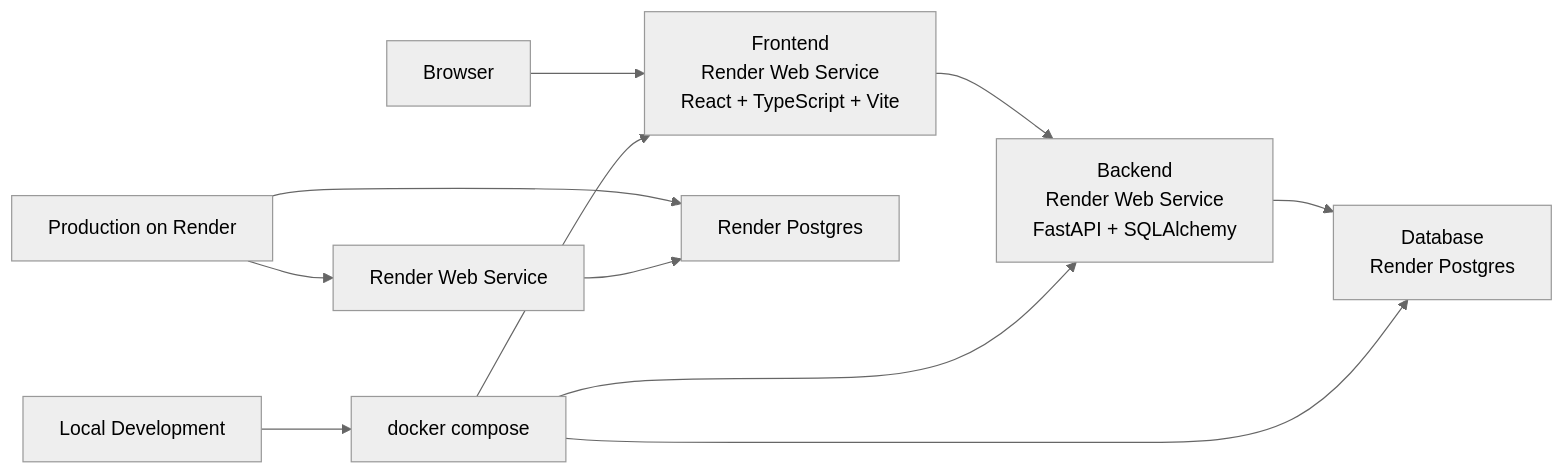
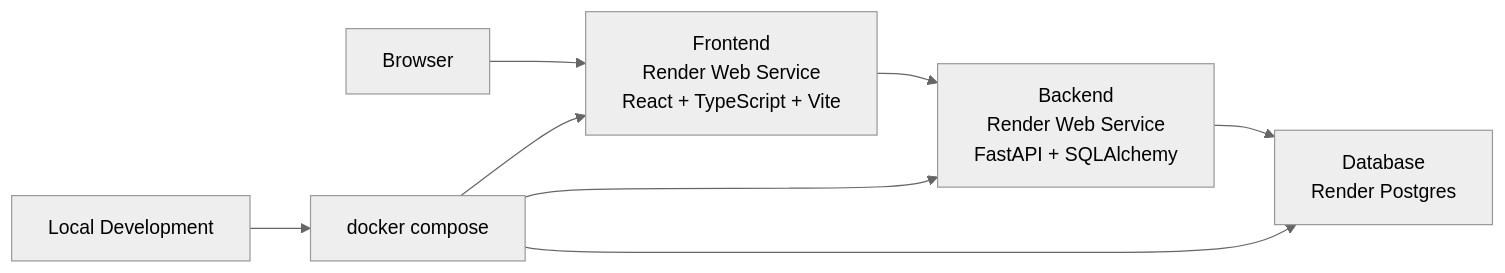
The second of 2 diagrams in README.md (amera-pino/asset-flow-portfolio), drawn with Mermaid (neutral theme) before and after one commit.

Commit message:
READMEの全体構成図を整理

````diff
--- a/README.md
+++ b/README.md
@@ -41,15 +41,11 @@
 ```mermaid
 flowchart LR
     A["Browser"] --> B["Frontend<br/>Render Web Service<br/>React + TypeScript + Vite"]
     B --> C["Backend<br/>Render Web Service<br/>FastAPI + SQLAlchemy"]
     C --> D["Database<br/>Render Postgres"]
 
     E["Local Development"] --> F["docker compose"]
     F --> B
     F --> C
     F --> D
-
-    G["Production on Render"] --> H["Render Web Service"]
-    G --> I["Render Postgres"]
-    H --> I
 ```
````
